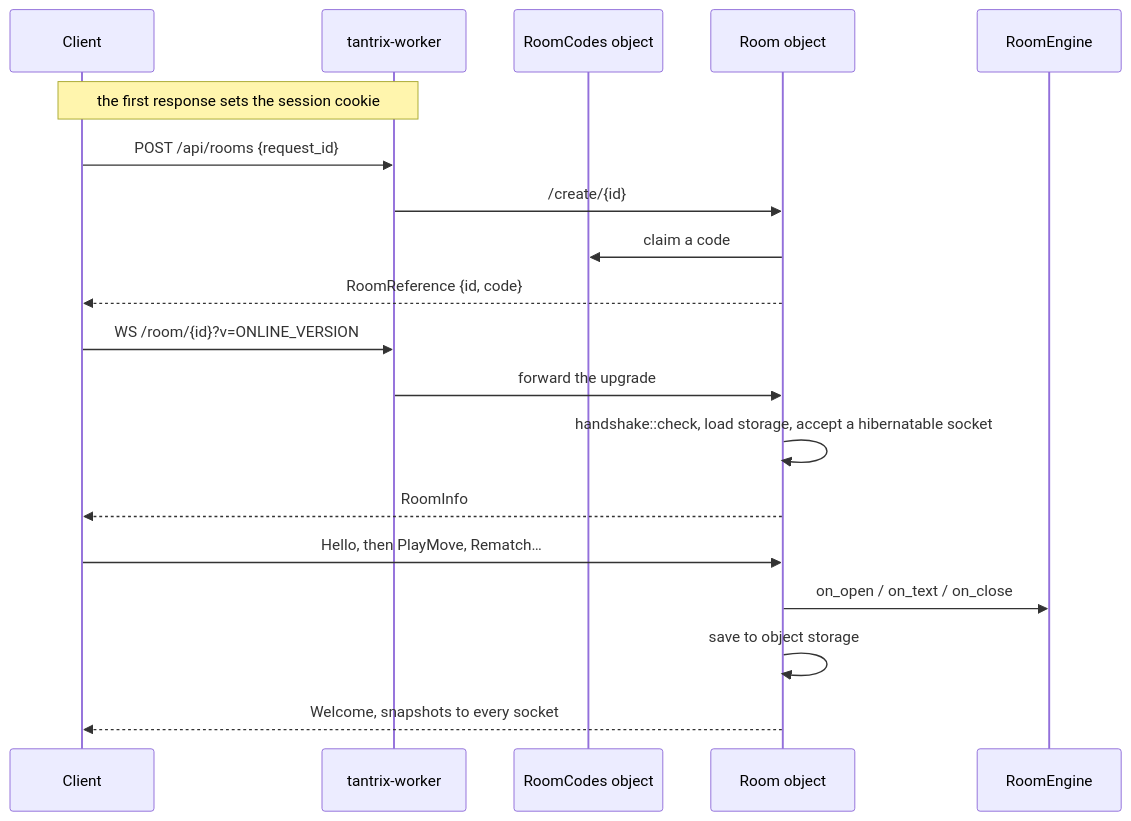
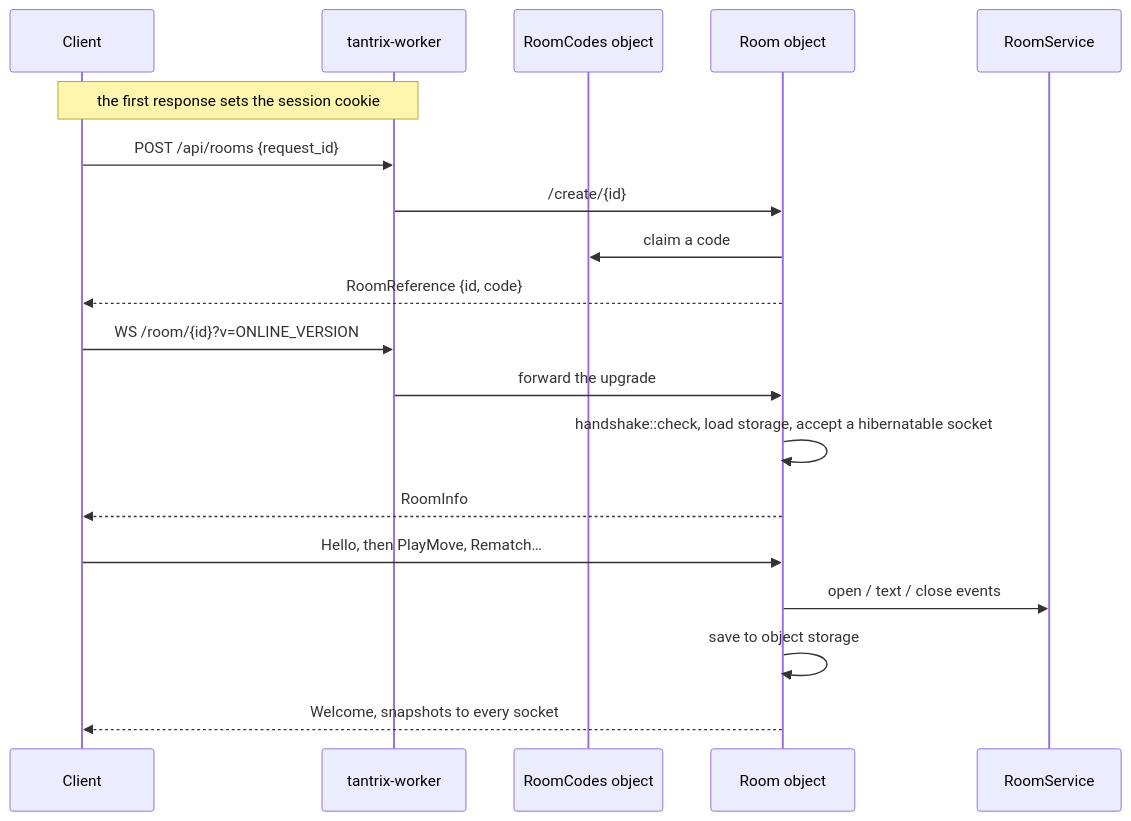
Before and after one commit to LouisDISPA/tantrix-game: the fourth of 5 diagrams in doc/architecture.md, drawn with Mermaid. The commit also changed other lines of this file and 1 other file, not shown here.

Commit message:
docs: describe RoomService in the architecture overview and drop the duplicated rules list

````diff
--- a/doc/architecture.md
+++ b/doc/architecture.md
@@ -120,21 +122,21 @@
 ```mermaid
 sequenceDiagram
     participant C as Client
     participant W as tantrix-worker
     participant RC as RoomCodes object
     participant R as Room object
-    participant E as RoomEngine
+    participant E as RoomService
     Note over C,W: the first response sets the session cookie
     C->>W: POST /api/rooms {request_id}
     W->>R: /create/{id}
     R->>RC: claim a code
     R-->>C: RoomReference {id, code}
     C->>W: WS /room/{id}?v=ONLINE_VERSION
     W->>R: forward the upgrade
     R->>R: handshake::check, load storage, accept a hibernatable socket
     R-->>C: RoomInfo
     C->>R: Hello, then PlayMove, Rematch…
-    R->>E: on_open / on_text / on_close
+    R->>E: open / text / close events
     R->>R: save to object storage
     R-->>C: Welcome, snapshots to every socket
 ```
````
